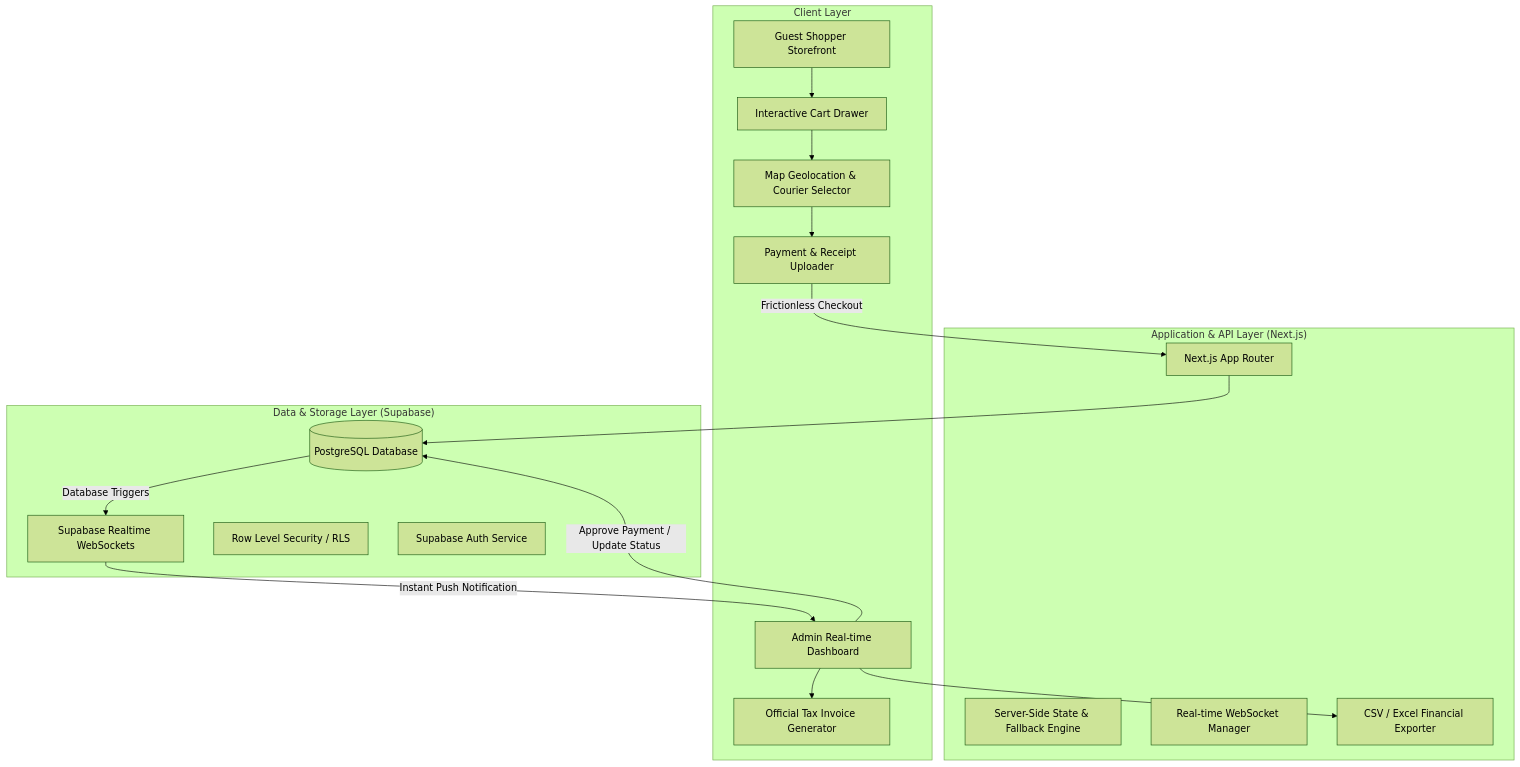
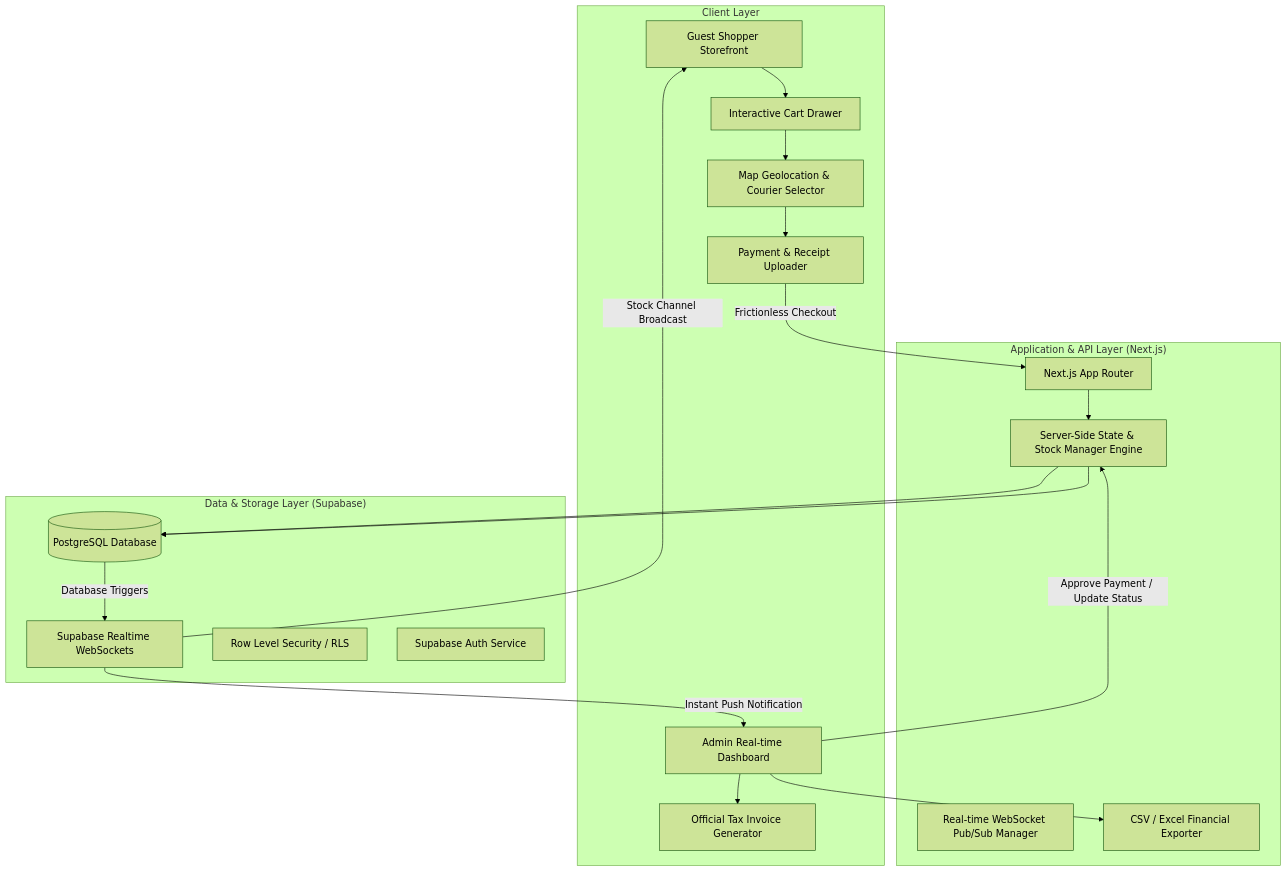
The first of 6 diagrams in docs/SYSTEM_FLOWCHART.md (aam19azmi/Mini-E-Commerce-and-Realtime-Dashboard), drawn with Mermaid (forest theme) before and after one commit. The commit also changed other lines of this file and 14 other files, not shown here.

Commit message:
refactor: implement robust stock management system with real-time sync, deterministic seeding, and cascade database reset procedures

````diff
--- a/docs/SYSTEM_FLOWCHART.md
+++ b/docs/SYSTEM_FLOWCHART.md
@@ -7,36 +7,39 @@
 ```mermaid
 graph TD
     subgraph Client_Layer["Client Layer"]
         A["Guest Shopper Storefront"]
         B["Interactive Cart Drawer"]
         C["Map Geolocation & Courier Selector"]
         D["Payment & Receipt Uploader"]
         E["Admin Real-time Dashboard"]
         F["Official Tax Invoice Generator"]
     end
 
     subgraph App_Layer["Application & API Layer (Next.js)"]
         G["Next.js App Router"]
-        H["Server-Side State & Fallback Engine"]
-        I["Real-time WebSocket Manager"]
+        H["Server-Side State & Stock Manager Engine"]
+        I["Real-time WebSocket Pub/Sub Manager"]
         J["CSV / Excel Financial Exporter"]
     end
 
     subgraph Data_Layer["Data & Storage Layer (Supabase)"]
         K[("PostgreSQL Database")]
         L["Supabase Realtime WebSockets"]
         M["Row Level Security / RLS"]
         N["Supabase Auth Service"]
     end
 
     A --> B
     B --> C
     C --> D
     D -->|Frictionless Checkout| G
-    G --> K
+    G --> H
+    H --> K
     K -->|Database Triggers| L
     L -->|Instant Push Notification| E
-    E -->|Approve Payment / Update Status| K
+    L -->|Stock Channel Broadcast| A
+    E -->|Approve Payment / Update Status| H
+    H --> K
     E --> J
     E --> F
 ```
````
